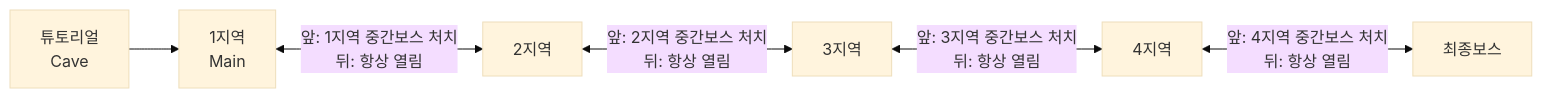
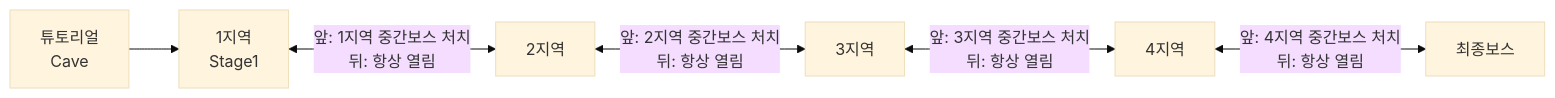
One commit to ty0508000-creator/AINPC changed the first of 2 diagrams in docs/STAGE_STRUCTURE.md. Above: the diagram before and after it, drawn with Mermaid (base theme). The commit also changed other lines of this file and 178 other files, not shown here.

````diff
--- a/docs/STAGE_STRUCTURE.md
+++ b/docs/STAGE_STRUCTURE.md
@@ -28,8 +36,8 @@
 ```mermaid
 flowchart LR
-    T[튜토리얼<br/>Cave] --> R1[1지역<br/>Main]
+    T[튜토리얼<br/>Cave] --> R1[1지역<br/>Stage1]
     R1 <-->|앞: 1지역 중간보스 처치<br/>뒤: 항상 열림| R2[2지역]
     R2 <-->|앞: 2지역 중간보스 처치<br/>뒤: 항상 열림| R3[3지역]
     R3 <-->|앞: 3지역 중간보스 처치<br/>뒤: 항상 열림| R4[4지역]
     R4 <-->|앞: 4지역 중간보스 처치<br/>뒤: 항상 열림| F[최종보스]
 ```
````
